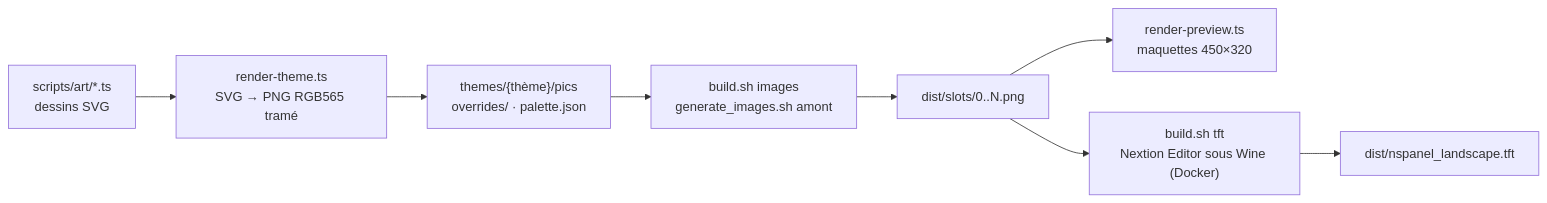
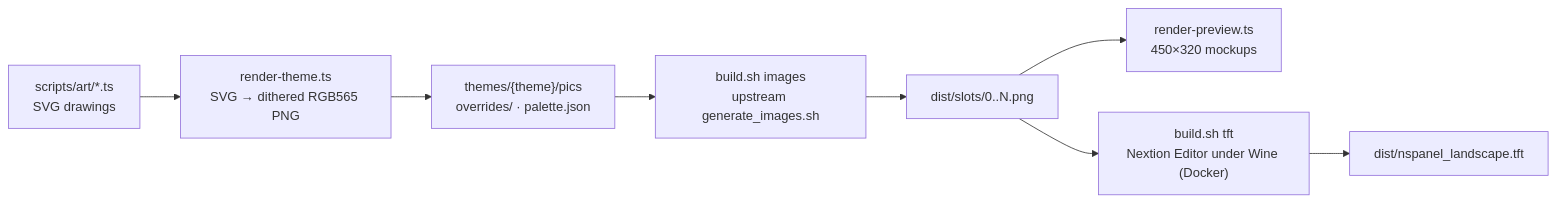
Before and after one commit to Nico-1337/nspanel-hmi: the diagram in README.md, drawn with Mermaid. The commit also changed other lines of this file and 2 other files, not shown here.

````diff
--- a/README.md
+++ b/README.md
@@ -43,10 +45,10 @@
 ```mermaid
 flowchart LR
-  A["scripts/art/*.ts<br/>dessins SVG"] --> B["render-theme.ts<br/>SVG → PNG RGB565 tramé"]
-  B --> C["themes/{thème}/pics<br/>overrides/ · palette.json"]
-  C --> D["build.sh images<br/>generate_images.sh amont"]
+  A["scripts/art/*.ts<br/>SVG drawings"] --> B["render-theme.ts<br/>SVG → dithered RGB565 PNG"]
+  B --> C["themes/{theme}/pics<br/>overrides/ · palette.json"]
+  C --> D["build.sh images<br/>upstream generate_images.sh"]
   D --> E["dist/slots/0..N.png"]
-  E --> F["render-preview.ts<br/>maquettes 450×320"]
-  E --> G["build.sh tft<br/>Nextion Editor sous Wine (Docker)"]
+  E --> F["render-preview.ts<br/>450×320 mockups"]
+  E --> G["build.sh tft<br/>Nextion Editor under Wine (Docker)"]
   G --> H["dist/nspanel_landscape.tft"]
 ```
````
